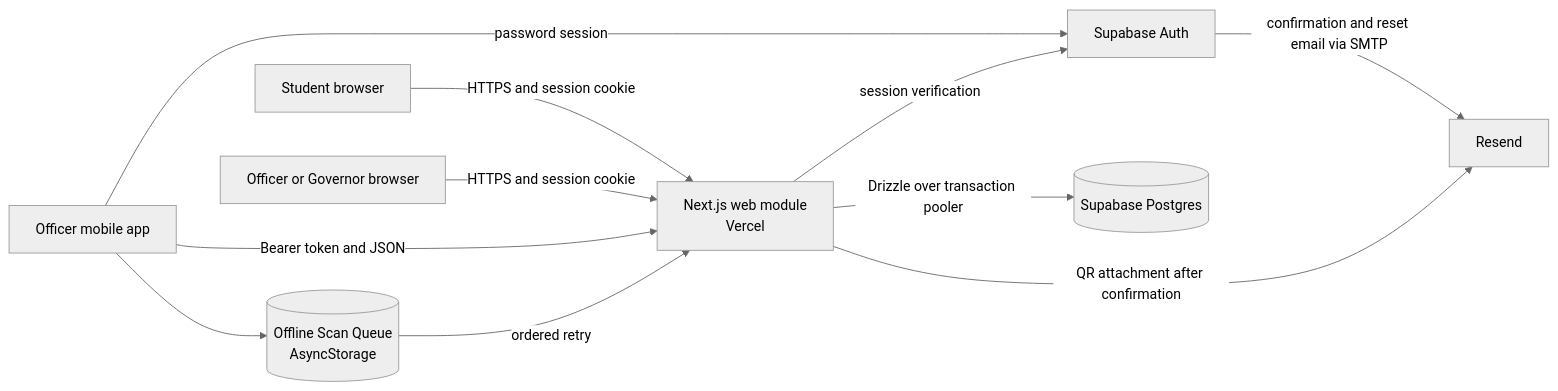
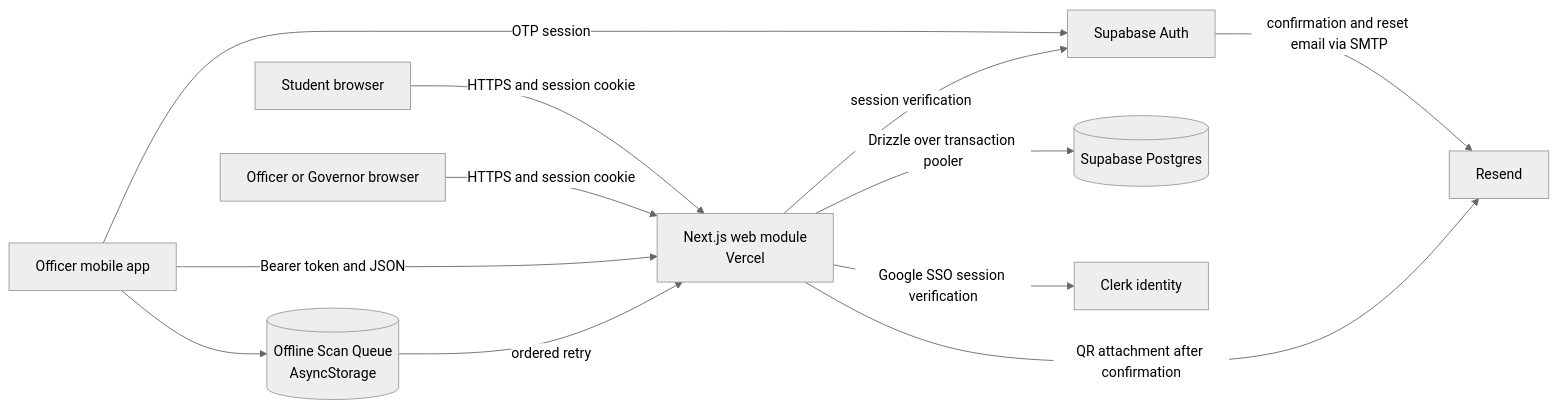
One commit to NCF-CCS-Opensource/csc changed the first of 3 diagrams in docs/architecture.md. Above: the diagram before and after it, drawn with Mermaid (neutral theme). The commit also changed other lines of this file and 25 other files, not shown here.

First line of the commit message:
feat(auth): remove Supabase Auth from the web application (#85)

````diff
--- a/docs/architecture.md
+++ b/docs/architecture.md
@@ -17,22 +17,24 @@
 ```mermaid
 flowchart LR
     Student[Student browser]
     Staff[Officer or Governor browser]
     Mobile[Officer mobile app]
     Web[Next.js web module<br/>Vercel]
     Auth[Supabase Auth]
     DB[(Supabase Postgres)]
     Resend[Resend]
     Queue[(Offline Scan Queue<br/>AsyncStorage)]
 
+    Clerk[Clerk identity]
     Student -->|HTTPS and session cookie| Web
     Staff -->|HTTPS and session cookie| Web
-    Mobile -->|password session| Auth
+    Web -->|Google SSO session verification| Clerk
+    Mobile -->|OTP session| Auth
     Mobile -->|Bearer token and JSON| Web
     Mobile --> Queue
     Queue -->|ordered retry| Web
     Web -->|session verification| Auth
     Web -->|Drizzle over transaction pooler| DB
     Auth -->|confirmation and reset email via SMTP| Resend
     Web -->|QR attachment after confirmation| Resend
 ```
````
